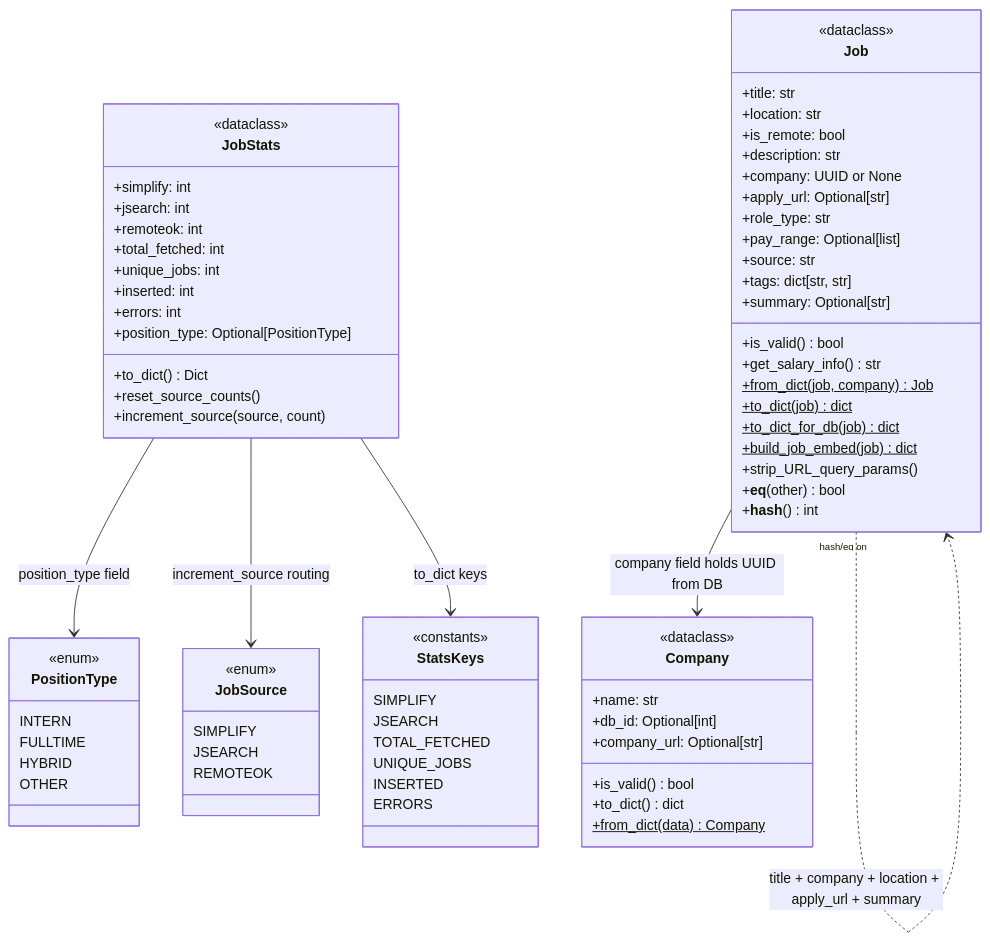
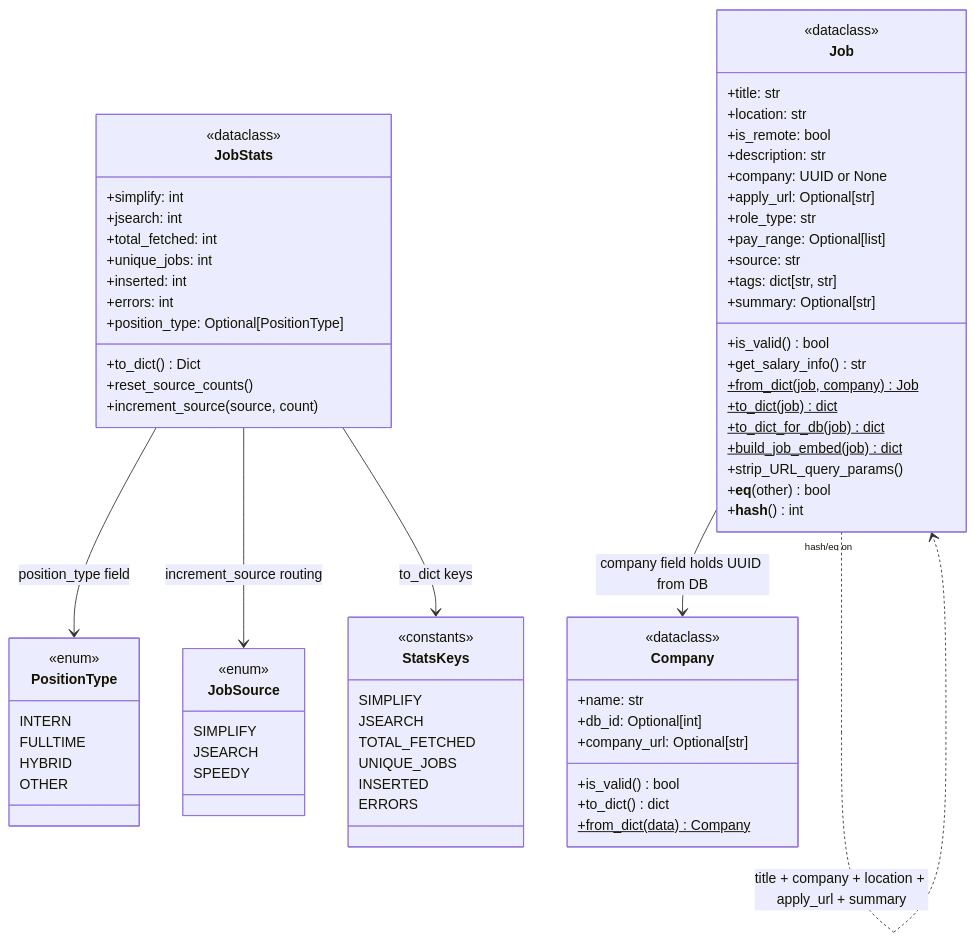
The diagram in docs/diagrams/models_class.md (AustinDwomoh/libra), drawn with Mermaid before and after one commit. The commit also changed 27 other files, not shown here.

```diff
--- a/docs/diagrams/models_class.md
+++ b/docs/diagrams/models_class.md
@@ -39,7 +39,6 @@
         <<dataclass>>
         +simplify: int
         +jsearch: int
-        +remoteok: int
         +total_fetched: int
         +unique_jobs: int
         +inserted: int
@@ -62,7 +61,7 @@
         <<enum>>
         SIMPLIFY
         JSEARCH
-        REMOTEOK
+        SPEEDY
     }
 
     class StatsKeys {
```
